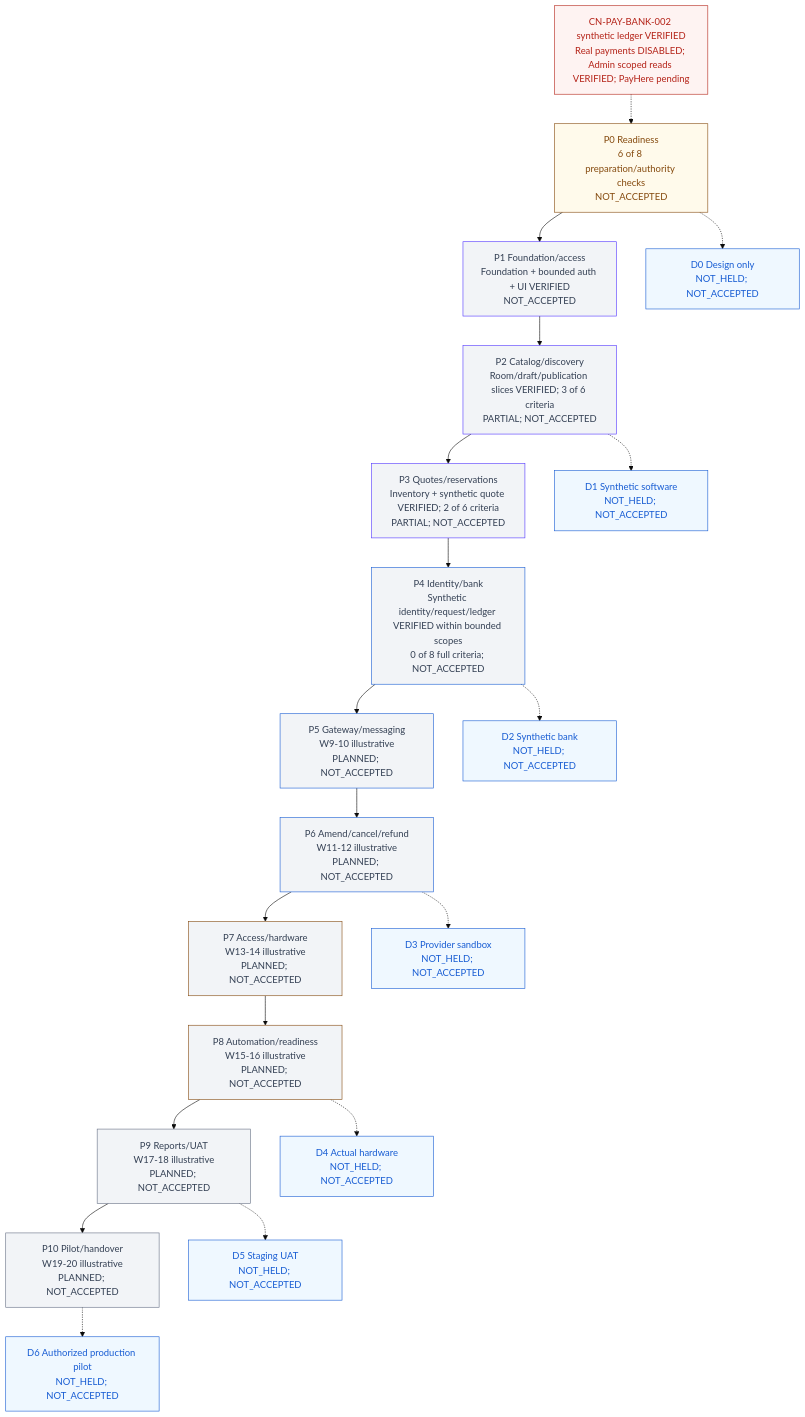
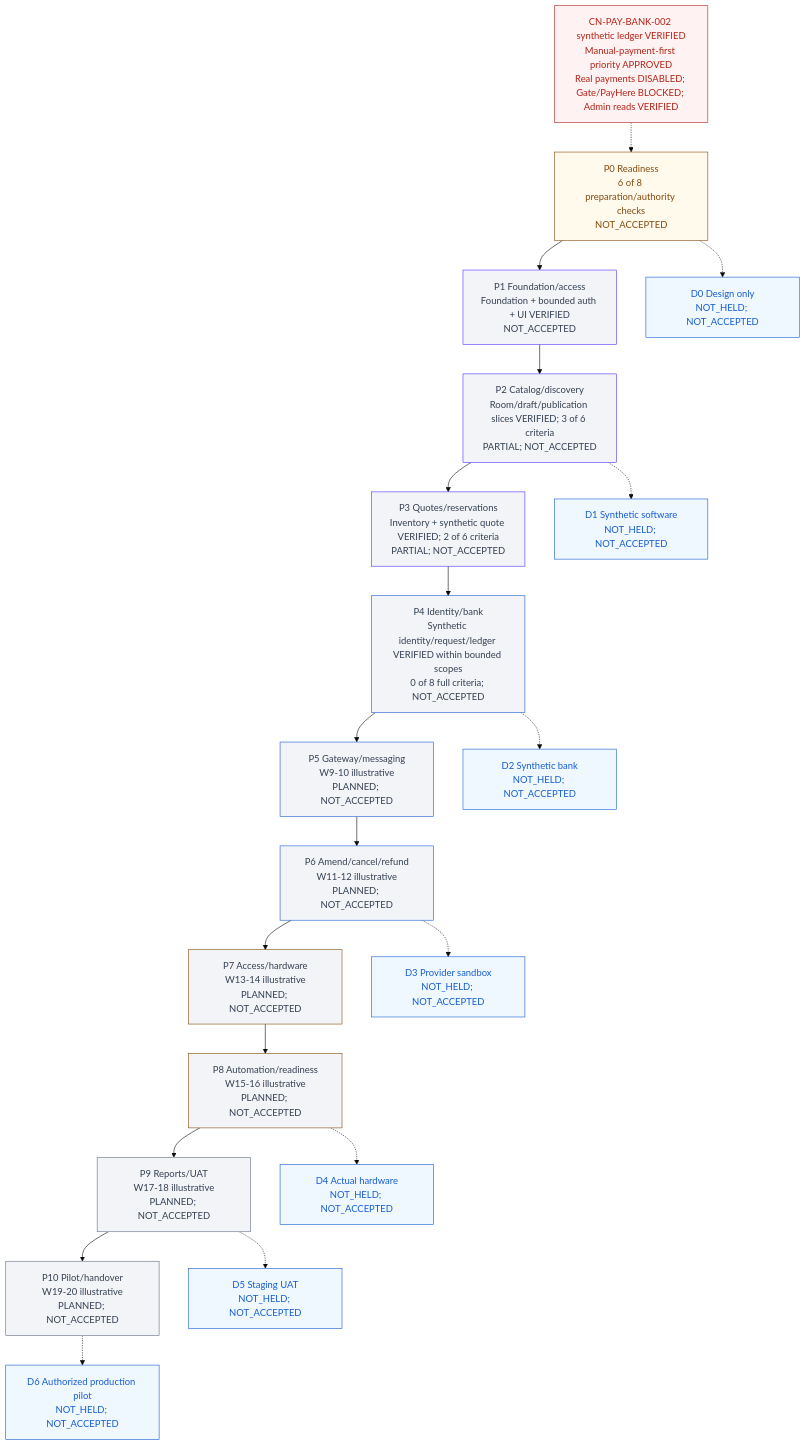
Before and after one commit to Hasitha3513/Theater-Project: the diagram in knowledge/PROGRESS.md, drawn with Mermaid (base theme). The commit also changed other lines of this file and 3 other files, not shown here.

Commit message:
docs(roadmap): record manual-payment-first development direction

````diff
--- a/knowledge/PROGRESS.md
+++ b/knowledge/PROGRESS.md
@@ -311,45 +313,45 @@
 ```mermaid
 flowchart TB
-  G["CN-PAY-BANK-002 synthetic ledger VERIFIED<br/>Real payments DISABLED; Admin scoped reads VERIFIED; PayHere pending"]
+  G["CN-PAY-BANK-002 synthetic ledger VERIFIED<br/>Manual-payment-first priority APPROVED<br/>Real payments DISABLED; Gate/PayHere BLOCKED; Admin reads VERIFIED"]
   P0["P0 Readiness<br/>6 of 8 preparation/authority checks<br/>NOT_ACCEPTED"]
   P1["P1 Foundation/access<br/>Foundation + bounded auth + UI VERIFIED<br/>NOT_ACCEPTED"]
   P2["P2 Catalog/discovery<br/>Room/draft/publication slices VERIFIED; 3 of 6 criteria<br/>PARTIAL; NOT_ACCEPTED"]
   P3["P3 Quotes/reservations<br/>Inventory + synthetic quote VERIFIED; 2 of 6 criteria<br/>PARTIAL; NOT_ACCEPTED"]
   P4["P4 Identity/bank<br/>Synthetic identity/request/ledger VERIFIED within bounded scopes<br/>0 of 8 full criteria; NOT_ACCEPTED"]
   P5["P5 Gateway/messaging<br/>W9-10 illustrative<br/>PLANNED; NOT_ACCEPTED"]
   P6["P6 Amend/cancel/refund<br/>W11-12 illustrative<br/>PLANNED; NOT_ACCEPTED"]
   P7["P7 Access/hardware<br/>W13-14 illustrative<br/>PLANNED; NOT_ACCEPTED"]
   P8["P8 Automation/readiness<br/>W15-16 illustrative<br/>PLANNED; NOT_ACCEPTED"]
   P9["P9 Reports/UAT<br/>W17-18 illustrative<br/>PLANNED; NOT_ACCEPTED"]
   P10["P10 Pilot/handover<br/>W19-20 illustrative<br/>PLANNED; NOT_ACCEPTED"]
   G -.-> P0
   P0 --> P1 --> P2 --> P3 --> P4 --> P5 --> P6 --> P7 --> P8 --> P9 --> P10
   D0["D0 Design only<br/>NOT_HELD; NOT_ACCEPTED"]
   D1["D1 Synthetic software<br/>NOT_HELD; NOT_ACCEPTED"]
   D2["D2 Synthetic bank<br/>NOT_HELD; NOT_ACCEPTED"]
   D3["D3 Provider sandbox<br/>NOT_HELD; NOT_ACCEPTED"]
   D4["D4 Actual hardware<br/>NOT_HELD; NOT_ACCEPTED"]
   D5["D5 Staging UAT<br/>NOT_HELD; NOT_ACCEPTED"]
   D6["D6 Authorized production pilot<br/>NOT_HELD; NOT_ACCEPTED"]
   P0 -.-> D0
   P2 -.-> D1
   P4 -.-> D2
   P6 -.-> D3
   P8 -.-> D4
   P9 -.-> D5
   P10 -.-> D6
   classDef readiness fill:#FFFAEB,color:#854A0E,stroke:#854A0E;
   classDef foundation fill:#F2F4F7,color:#344054,stroke:#5135FF;
   classDef financial fill:#F2F4F7,color:#344054,stroke:#175CD3;
   classDef physical fill:#F2F4F7,color:#344054,stroke:#854A0E;
   classDef release fill:#F2F4F7,color:#344054,stroke:#667085;
   classDef blocked fill:#FEF3F2,color:#B42318,stroke:#B42318;
   classDef demo fill:#EFF8FF,color:#175CD3,stroke:#175CD3;
   class P0 readiness;
   class P1,P2,P3 foundation;
   class P4,P5,P6 financial;
   class P7,P8 physical;
   class P9,P10 release;
   class G blocked;
   class D0,D1,D2,D3,D4,D5,D6 demo;
 ```
````
